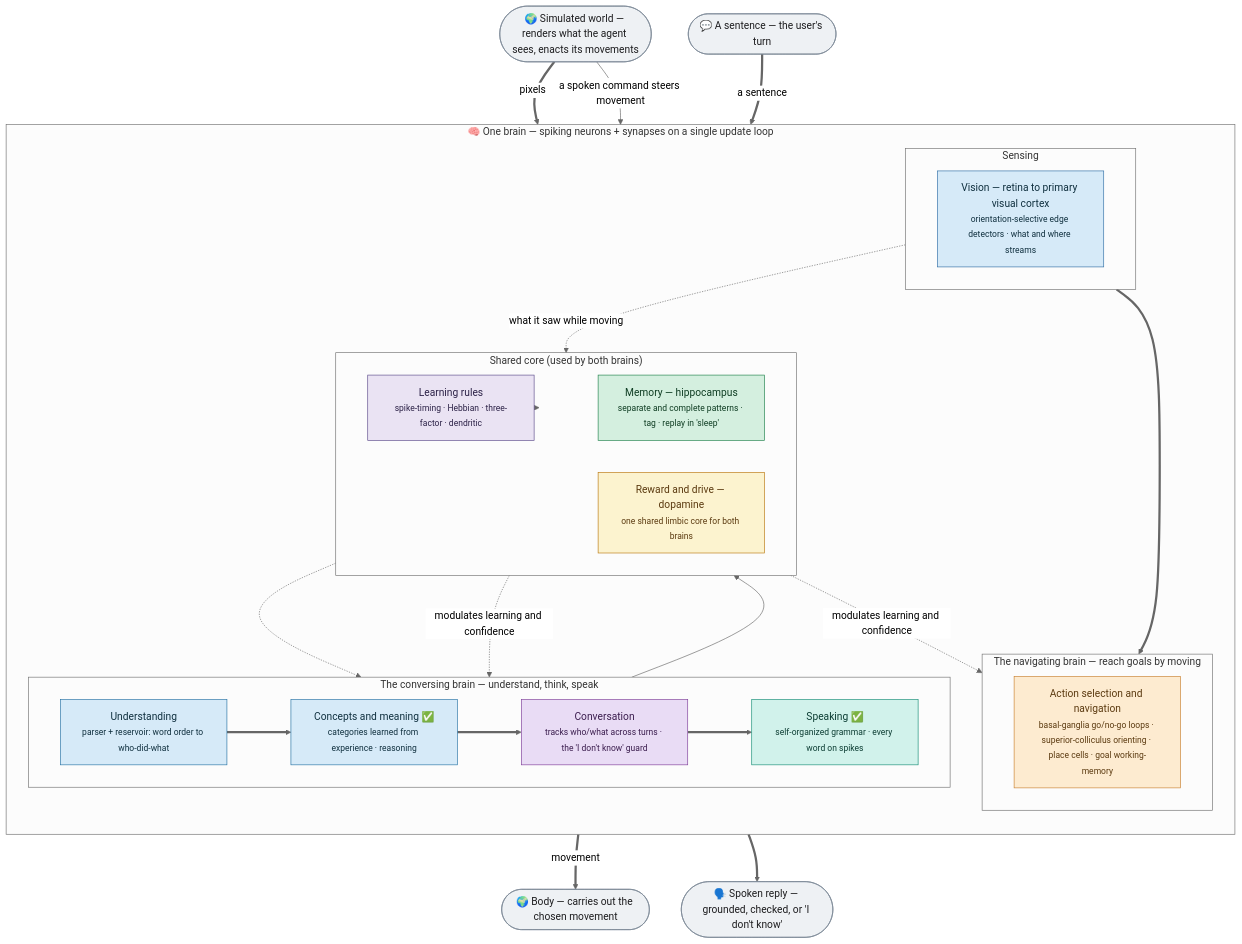
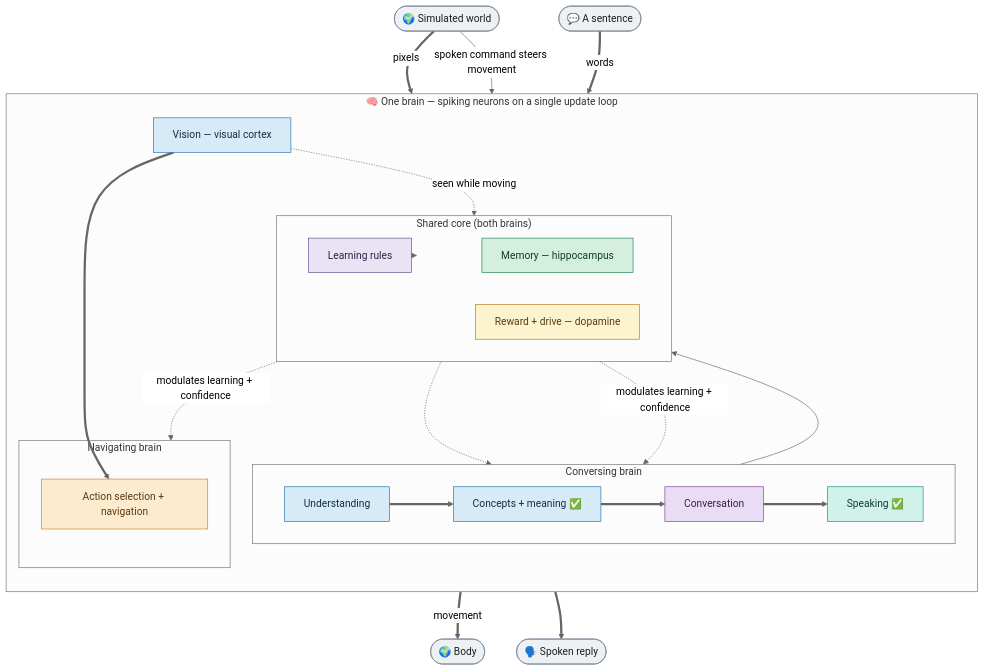
Before and after one commit to danthi123/neural-simulator: the diagram in README.md, drawn with Mermaid (neutral theme). The commit also changed 1 other file, not shown here.

Commit message:
Diagrams: fix box text overflow — concise boxes + detail tables (the <small> sub-text was clipping)
Owner reported box text getting cut off. Root cause: long <small> sub-text inside Mermaid nodes, which GitHub's renderer does not reliably size the box to fit -> clipping. Fix (also cleaner, per the visual bar): every box now carries only its plain function name + status marker (short), and the full biological detail (structure, function, citation, status) moves into a detail TABLE right below each diagram. Applied to all 5 detailed diagrams and the README hero master-map. No <small> tags remain in any mermaid block; all 6 blocks re-validated clean. The intricate detail is preserved (in the tables) while the boxes render without overflow.

````diff
--- a/README.md
+++ b/README.md
@@ -25,57 +25,48 @@
 ```mermaid
 flowchart TB
-    World(["🌍 Simulated world — renders what the agent sees, enacts its movements"]):::io
-    Turn(["💬 A sentence — the user's turn"]):::io
+    World(["🌍 Simulated world"]):::io
+    Turn(["💬 A sentence"]):::io
 
-    subgraph ENGINE["🧠 One brain — spiking neurons + synapses on a single update loop"]
+    subgraph ENGINE["🧠 One brain — spiking neurons on a single update loop"]
       direction TB
-      subgraph SENSE["Sensing"]
+      VIS["Vision — visual cortex"]:::sense
+      subgraph SM["Navigating brain"]
+        NAV["Action selection + navigation"]:::nav
+      end
+      subgraph LANG["Conversing brain"]
         direction LR
-        VIS["Vision — retina to primary visual cortex<br/><small>orientation-selective edge detectors · what and where streams</small>"]:::sense
+        COMP["Understanding"]:::conv
+        CONCEPT["Concepts + meaning ✅"]:::conv
+        SPEAK["Speaking ✅"]:::gen
+        DISC["Conversation"]:::plan
       end
-      subgraph SM["The navigating brain — reach goals by moving"]
+      subgraph SHARED["Shared core (both brains)"]
         direction LR
-        NAV["Action selection and navigation<br/><small>basal-ganglia go/no-go loops · superior-colliculus orienting · place cells · goal working-memory</small>"]:::nav
-      end
-      subgraph LANG["The conversing brain — understand, think, speak"]
-        direction LR
-        COMP["Understanding<br/><small>parser + reservoir: word order to who-did-what</small>"]:::conv
-        CONCEPT["Concepts and meaning ✅<br/><small>categories learned from experience · reasoning</small>"]:::conv
-        SPEAK["Speaking ✅<br/><small>self-organized grammar · every word on spikes</small>"]:::gen
-        DISC["Conversation<br/><small>tracks who/what across turns · the 'I don't know' guard</small>"]:::plan
-      end
-      subgraph SHARED["Shared core (used by both brains)"]
-        direction LR
-        MEM["Memory — hippocampus<br/><small>separate and complete patterns · tag · replay in 'sleep'</small>"]:::mem
-        REW["Reward and drive — dopamine<br/><small>one shared limbic core for both brains</small>"]:::reward
-        LRN["Learning rules<br/><small>spike-timing · Hebbian · three-factor · dendritic</small>"]:::learn
+        MEM["Memory — hippocampus"]:::mem
+        REW["Reward + drive — dopamine"]:::reward
+        LRN["Learning rules"]:::learn
       end
     end
 
-    Body(["🌍 Body — carries out the chosen movement"]):::io
-    Reply(["🗣️ Spoken reply — grounded, checked, or 'I don't know'"]):::io
+    Body(["🌍 Body"]):::io
+    Reply(["🗣️ Spoken reply"]):::io
 
-    World ==>|pixels| VIS
-    VIS ==> NAV
-    NAV ==>|movement| Body
-    Turn ==>|a sentence| COMP
-    World -->|a spoken command steers movement| NAV
-    VIS -.->|what it saw while moving| MEM
-    COMP ==> CONCEPT ==> DISC
-    CONCEPT --> MEM
-    DISC ==> SPEAK ==> Reply
-    MEM -.-> DISC
-    REW -.->|modulates learning and confidence| SM
-    REW -.->|modulates learning and confidence| LANG
+    World ==>|pixels| VIS ==> NAV ==>|movement| Body
+    Turn ==>|words| COMP ==> CONCEPT ==> DISC ==> SPEAK ==> Reply
+    World -->|spoken command steers movement| NAV
+    VIS -.->|seen while moving| MEM
+    CONCEPT --> MEM -.-> DISC
+    REW -.->|modulates learning + confidence| SM
+    REW -.->|modulates learning + confidence| LANG
     LRN -.-> SHARED
 
     classDef io fill:#eef1f4,stroke:#7a8794,color:#1d1d1f;
     classDef sense fill:#d6eaf8,stroke:#2e6da4,color:#10303f;
     classDef nav fill:#fdebd0,stroke:#c87f2e,color:#5b3a10;
     classDef conv fill:#d6eaf8,stroke:#2471a3,color:#10303f;
     classDef gen fill:#d1f2eb,stroke:#138d75,color:#0c3d33;
     classDef plan fill:#e9dcf5,stroke:#7d3c98,color:#3b1d4e;
     classDef mem fill:#d4efdf,stroke:#1d8049,color:#0f3d23;
     classDef reward fill:#fcf3cf,stroke:#b9770e,color:#5b3a10;
     classDef learn fill:#eae3f3,stroke:#5b4a8a,color:#2c2247;
 ```
````
